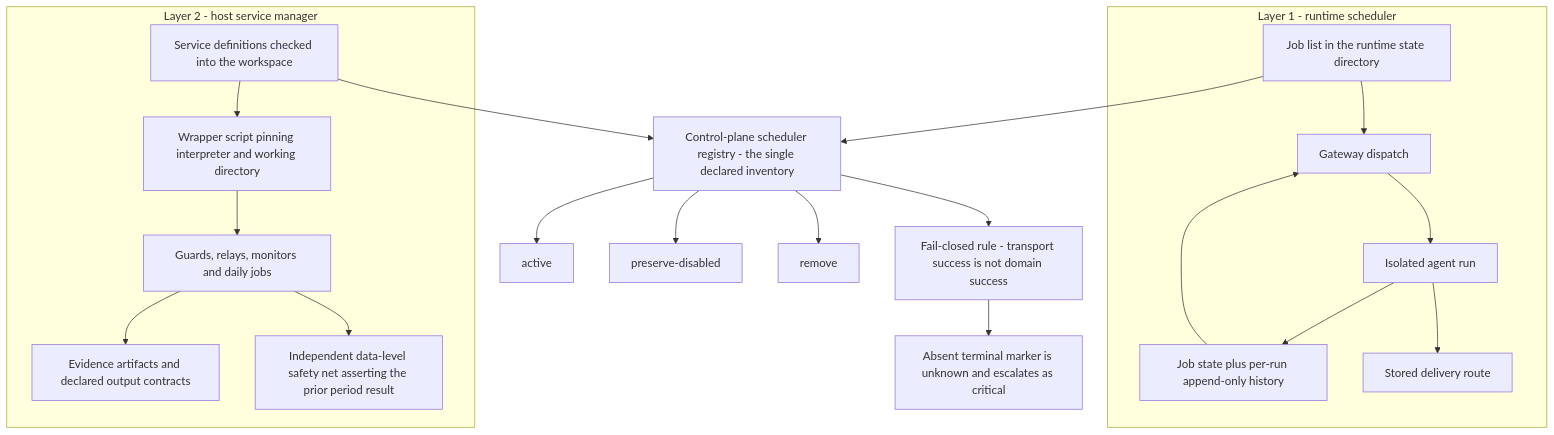
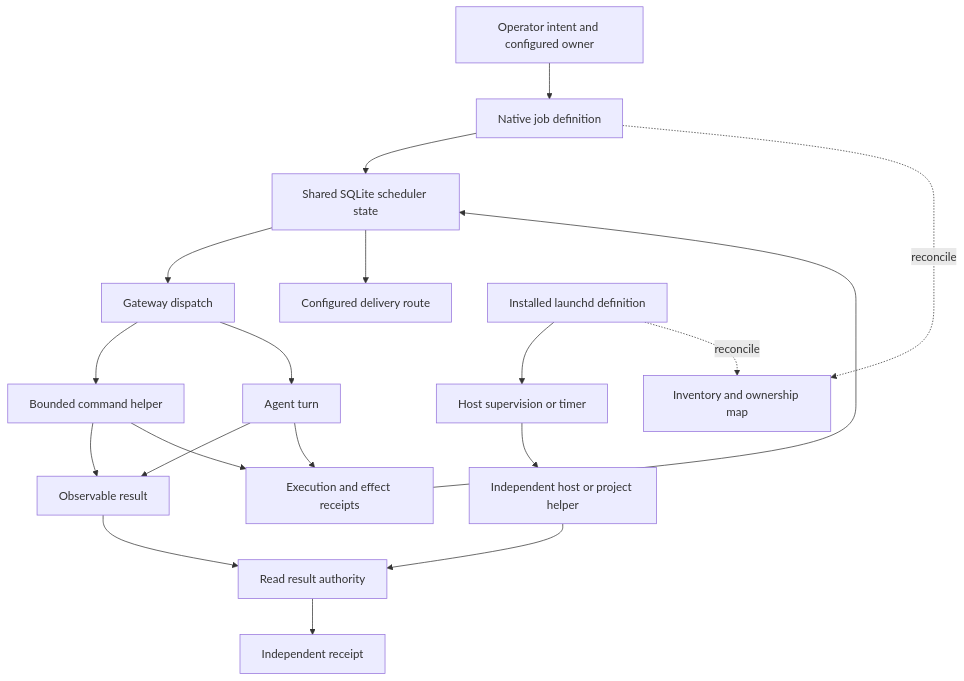
One commit to josephbergvinson/openclaw-control-plane changed the diagram in diagrams/scheduling-layers.mmd. Above: the diagram before and after it, drawn with Mermaid. The commit also changed 239 other files, not shown here.

```diff
--- a/diagrams/scheduling-layers.mmd
+++ b/diagrams/scheduling-layers.mmd
@@ -1,37 +1,19 @@
 flowchart TD
-  subgraph L1[Layer 1 - runtime scheduler]
-    A1[Job list in the runtime state directory]
-    A2[Job state plus per-run append-only history]
-    A5[Gateway dispatch]
-    A6[Isolated agent run]
-    A7[Stored delivery route]
-  end
-  subgraph L2[Layer 2 - host service manager]
-    B1[Service definitions checked into the workspace]
-    B2[Wrapper script pinning interpreter and working directory]
-    B3[Guards, relays, monitors and daily jobs]
-    B4[Evidence artifacts and declared output contracts]
-    S1[Independent data-level safety net asserting the prior period result]
-  end
-  REG[Control-plane scheduler registry - the single declared inventory]
-  C1[active]
-  C2[preserve-disabled]
-  C3[remove]
-  F1[Fail-closed rule - transport success is not domain success]
-  F2[Absent terminal marker is unknown and escalates as critical]
-  A1 --> A5
-  A2 --> A5
-  A5 --> A6
-  A6 --> A2
-  A6 --> A7
-  B1 --> B2
-  B2 --> B3
-  B3 --> B4
-  B3 --> S1
-  A1 --> REG
-  B1 --> REG
-  REG --> C1
-  REG --> C2
-  REG --> C3
-  REG --> F1
-  F1 --> F2
+  OP[Operator intent and configured owner] --> JOB[Native job definition]
+  JOB --> DB[Shared SQLite scheduler state]
+  DB --> GW[Gateway dispatch]
+  GW --> CMD[Bounded command helper]
+  GW --> AGENT[Agent turn]
+  CMD --> EFFECT[Observable result]
+  AGENT --> EFFECT
+  CMD --> RECEIPT[Execution and effect receipts]
+  AGENT --> RECEIPT
+  RECEIPT --> DB
+  DB --> DELIVERY[Configured delivery route]
+  PLIST[Installed launchd definition] --> LAUNCH[Host supervision or timer]
+  LAUNCH --> HOST[Independent host or project helper]
+  HOST --> CHECK[Read result authority]
+  EFFECT --> CHECK
+  CHECK --> HOSTREC[Independent receipt]
+  JOB -. reconcile .-> INVENTORY[Inventory and ownership map]
+  PLIST -. reconcile .-> INVENTORY
```
